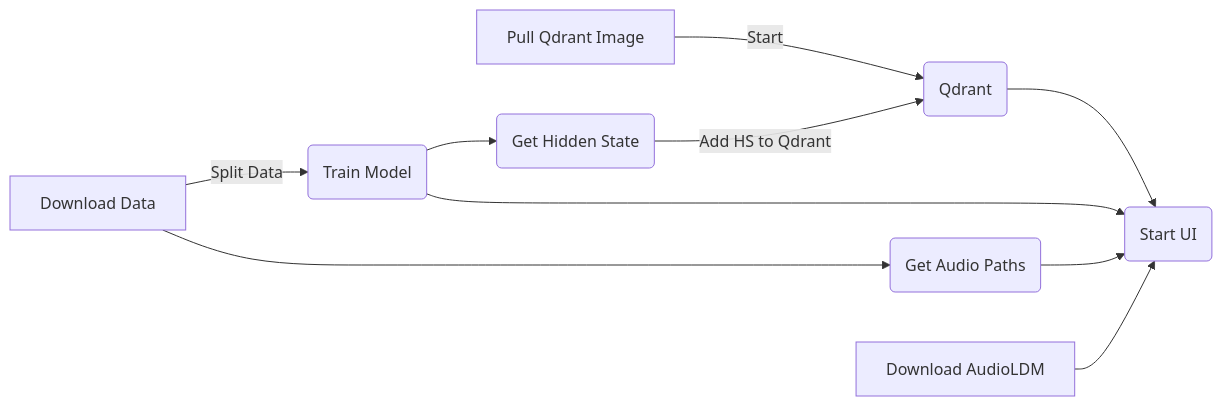
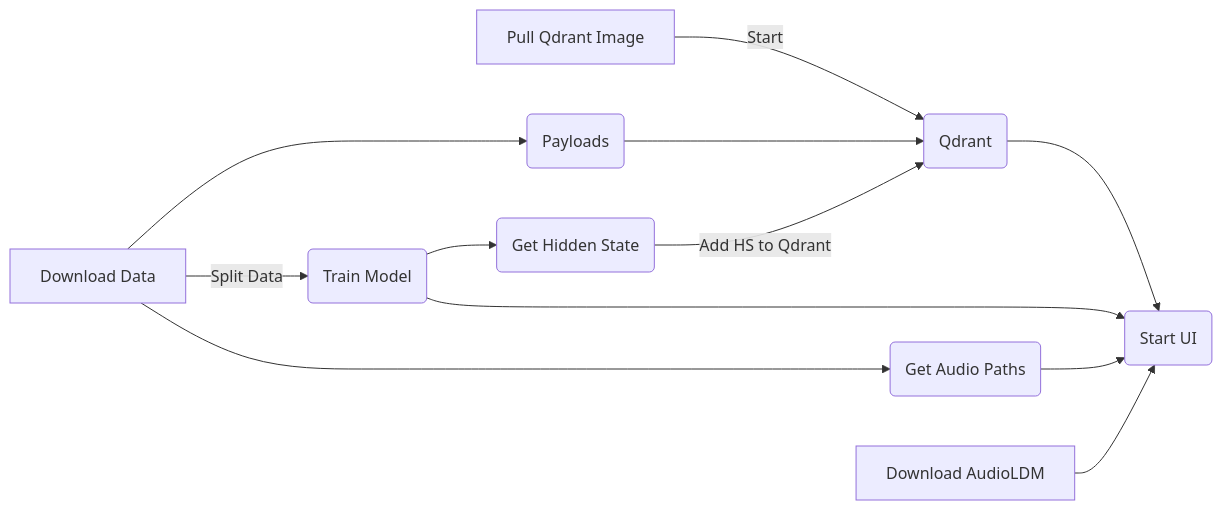
The diagram in README.md (ramonpzg/audiodb), drawn with Mermaid before and after one commit.

Commit message:
updated mermaid diagram

````diff
--- a/README.md
+++ b/README.md
@@ -17,12 +17,14 @@
 ```mermaid
 flowchart LR
     J[Pull Qdrant Image] -->|Start| K(Qdrant)
+    H --> K
     A[Download Data] -->|Split Data| B(Train Model)
     B --> C(Get Hidden State)
     C -->|Add HS to Qdrant| K
     K --> D(Start UI)
     B --> D
     A --> F(Get Audio Paths)
     F --> D
     G[Download AudioLDM] --> D
+    A --> H(Payloads)
 ```
````
